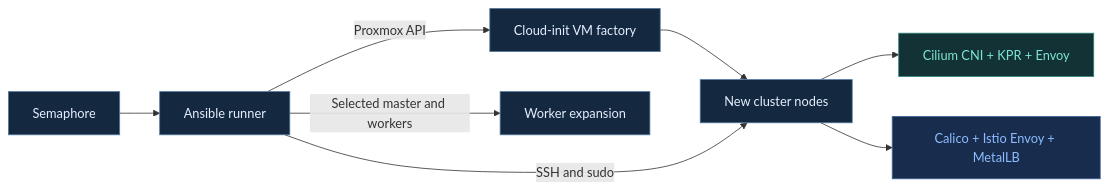
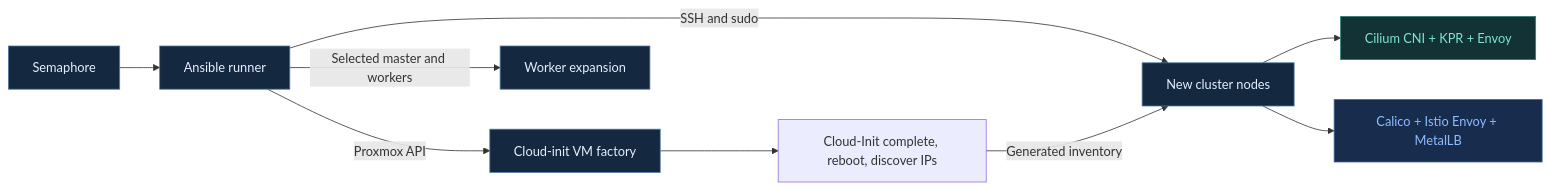
One commit to daisyorscry/Infrastructure-as-Code-IaC-Homelab changed the diagram in README.md. Above: the diagram before and after it, drawn with Mermaid. The commit also changed other lines of this file and 21 other files, not shown here.

````diff
--- a/README.md
+++ b/README.md
@@ -11,16 +11,18 @@
 ```mermaid
 flowchart LR
     S[Semaphore] --> R[Ansible runner]
     R -->|Proxmox API| V[Cloud-init VM factory]
-    V --> K[New cluster nodes]
+    K[New cluster nodes]
     R -->|SSH and sudo| K
     K --> C[Cilium CNI + KPR + Envoy]
     K --> I[Calico + Istio Envoy + MetalLB]
+    V --> D[Cloud-Init complete, reboot, discover IPs]
+    D -->|Generated inventory| K
     R -->|Selected master and workers| W[Worker expansion]
     classDef control fill:#14283f,color:#e5efff,stroke:#547aa3
     classDef cilium fill:#123236,color:#7de5d3,stroke:#2c8077
     classDef istio fill:#182d4e,color:#8ebcff,stroke:#3f639a
     class S,R,V,K,W control
     class C cilium
     class I istio
 ```
````
